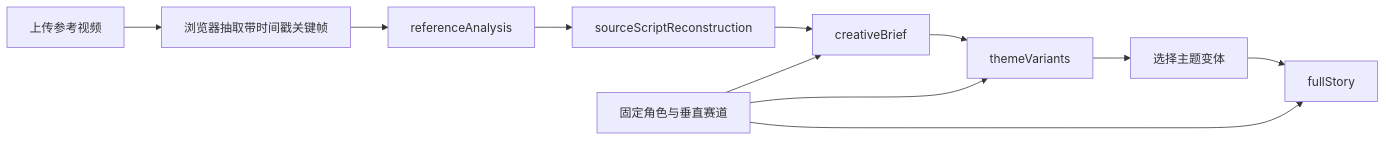
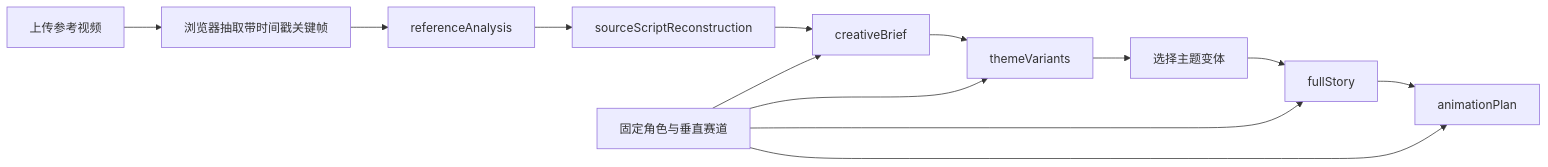
Before and after one commit to marriannedagwwn-bot/mimo-short-video-director: the diagram in docs/workflow-spec.md, drawn with Mermaid. The commit also changed other lines of this file and 12 other files, not shown here.

````diff
--- a/docs/workflow-spec.md
+++ b/docs/workflow-spec.md
@@ -14,13 +14,15 @@
 ```mermaid
 flowchart LR
     A[上传参考视频] --> B[浏览器抽取带时间戳关键帧]
     B --> C[referenceAnalysis]
     C --> D[sourceScriptReconstruction]
     D --> E[creativeBrief]
     E --> F[themeVariants]
     F --> H[选择主题变体]
     H --> I[fullStory]
+    I --> J[animationPlan]
     G[固定角色与垂直赛道] --> E
     G --> F
     G --> I
+    G --> J
 ```
````
